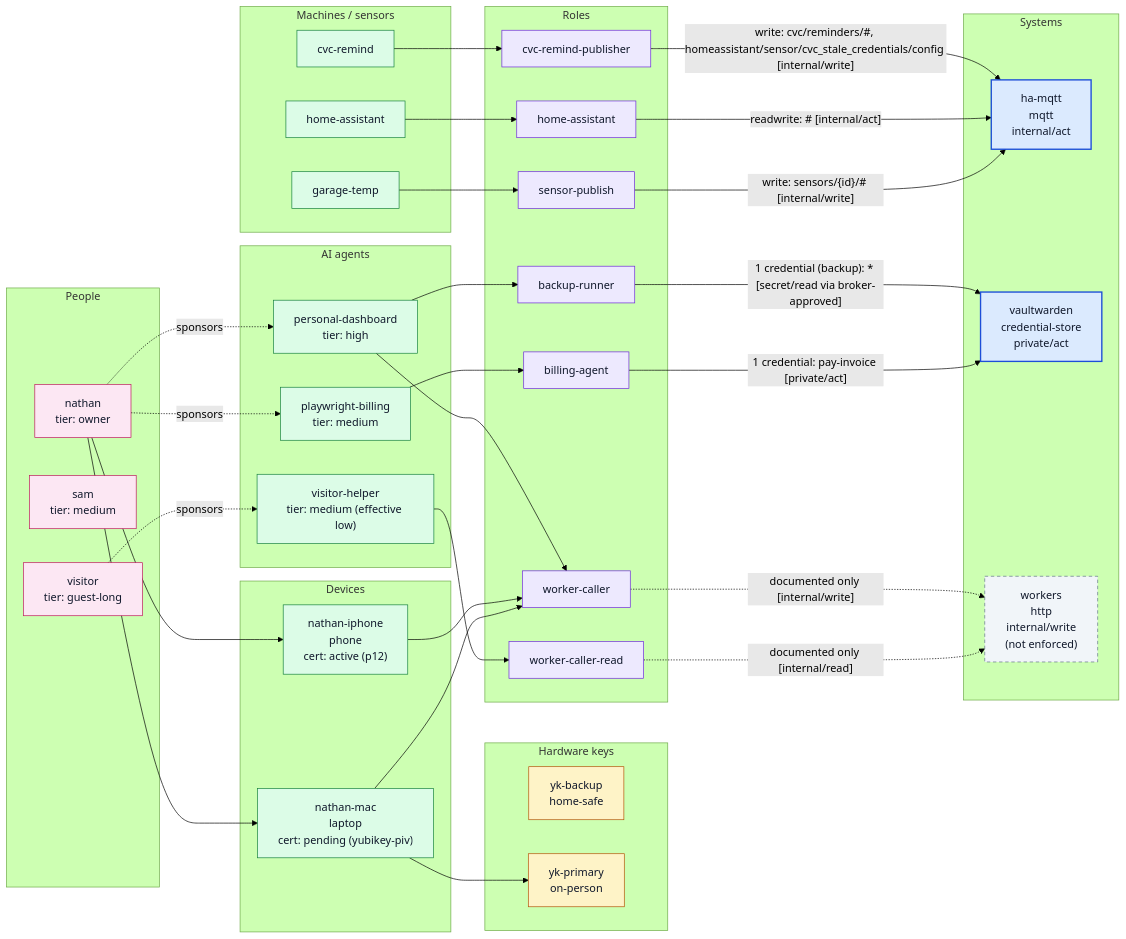
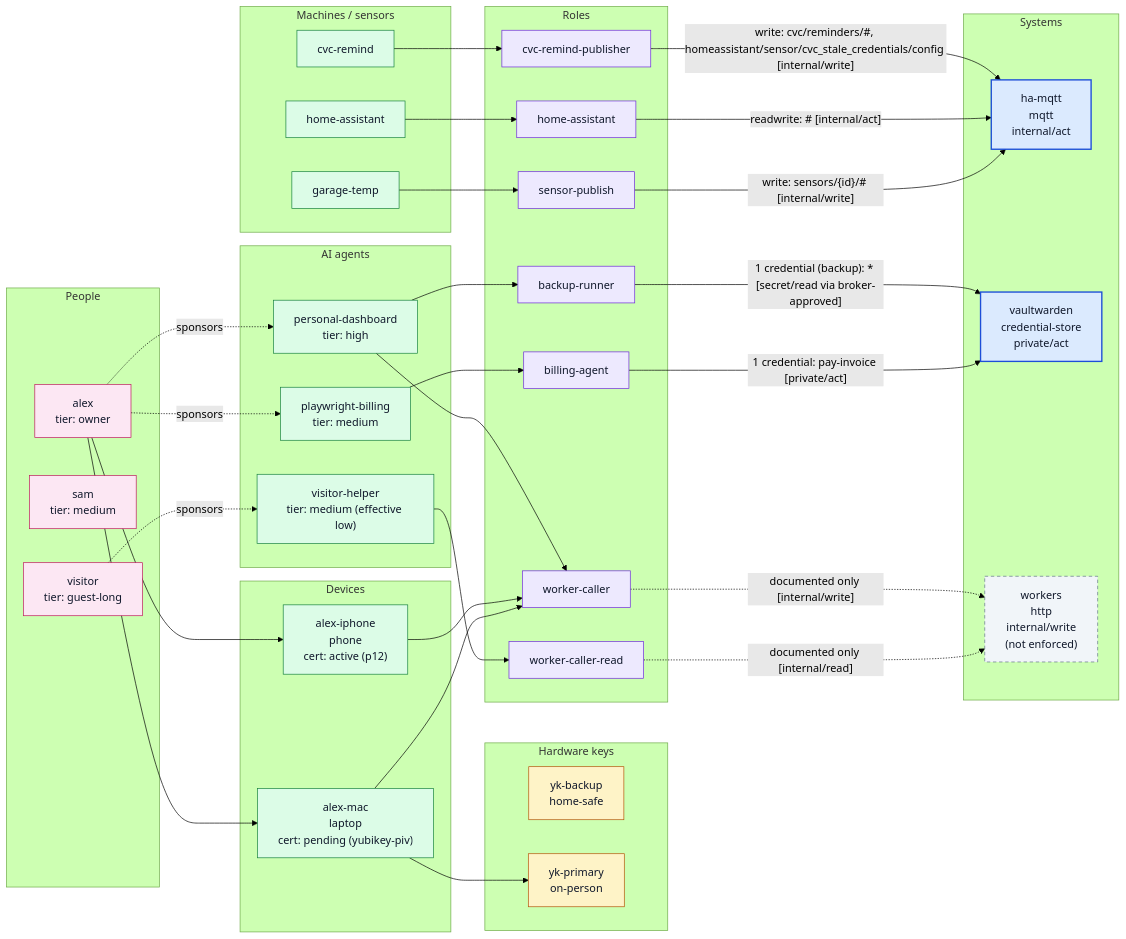
The diagram in docs/access-graph.example.md (opusvar/credential_organizer), drawn with Mermaid (forest theme) before and after one commit. The commit also changed other lines of this file and 64 other files, not shown here.

````diff
--- a/docs/access-graph.example.md
+++ b/docs/access-graph.example.md
@@ -5,77 +5,77 @@
 ```mermaid
 flowchart LR
     subgraph agents["AI agents"]
         p_personal_dashboard["personal-dashboard<br/>tier: high"]
         p_playwright_billing["playwright-billing<br/>tier: medium"]
         p_visitor_helper["visitor-helper<br/>tier: medium (effective low)"]
     end
     subgraph machines["Machines / sensors"]
         p_cvc_remind["cvc-remind"]
         p_garage_temp["garage-temp"]
         p_home_assistant["home-assistant"]
     end
     subgraph people["People"]
-        u_nathan["nathan<br/>tier: owner"]
+        u_alex["alex<br/>tier: owner"]
         u_sam["sam<br/>tier: medium"]
         u_visitor["visitor<br/>tier: guest-long"]
     end
     subgraph hwkeys["Hardware keys"]
         k_yk_backup["yk-backup<br/>home-safe"]
         k_yk_primary["yk-primary<br/>on-person"]
     end
     subgraph devices["Devices"]
-        p_nathan_iphone["nathan-iphone<br/>phone<br/>cert: active (p12)"]
-        p_nathan_mac["nathan-mac<br/>laptop<br/>cert: pending (yubikey-piv)"]
+        p_alex_iphone["alex-iphone<br/>phone<br/>cert: active (p12)"]
+        p_alex_mac["alex-mac<br/>laptop<br/>cert: pending (yubikey-piv)"]
     end
     subgraph roles["Roles"]
         r_backup_runner["backup-runner"]
         r_billing_agent["billing-agent"]
         r_cvc_remind_publisher["cvc-remind-publisher"]
         r_home_assistant["home-assistant"]
         r_sensor_publish["sensor-publish"]
         r_worker_caller["worker-caller"]
         r_worker_caller_read["worker-caller-read"]
     end
     subgraph systems["Systems"]
         s_ha_mqtt["ha-mqtt<br/>mqtt<br/>internal/act"]
         s_vaultwarden["vaultwarden<br/>credential-store<br/>private/act"]
         s_workers["workers<br/>http<br/>internal/write<br/>(not enforced)"]
     end
-    u_nathan --> p_nathan_iphone
-    u_nathan --> p_nathan_mac
-    p_nathan_mac --> k_yk_primary
-    u_nathan -.->|"sponsors"| p_personal_dashboard
-    u_nathan -.->|"sponsors"| p_playwright_billing
+    u_alex --> p_alex_iphone
+    u_alex --> p_alex_mac
+    p_alex_mac --> k_yk_primary
+    u_alex -.->|"sponsors"| p_personal_dashboard
+    u_alex -.->|"sponsors"| p_playwright_billing
     u_visitor -.->|"sponsors"| p_visitor_helper
     p_personal_dashboard --> r_backup_runner
     p_personal_dashboard --> r_worker_caller
     p_playwright_billing --> r_billing_agent
     p_visitor_helper --> r_worker_caller_read
     p_cvc_remind --> r_cvc_remind_publisher
     p_garage_temp --> r_sensor_publish
     p_home_assistant --> r_home_assistant
-    p_nathan_iphone --> r_worker_caller
-    p_nathan_mac --> r_worker_caller
+    p_alex_iphone --> r_worker_caller
+    p_alex_mac --> r_worker_caller
     r_backup_runner -->|"1 credential #40;backup#41;: * #91;secret/read via broker-approved#93;"| s_vaultwarden
     r_billing_agent -->|"1 credential: pay-invoice #91;private/act#93;"| s_vaultwarden
     r_cvc_remind_publisher -->|"write: cvc/reminders/#35;, homeassistant/sensor/cvc_stale_credentials/config #91;internal/write#93;"| s_ha_mqtt
     r_home_assistant -->|"readwrite: #35; #91;internal/act#93;"| s_ha_mqtt
     r_sensor_publish -->|"write: sensors/#123;id#125;/#35; #91;internal/write#93;"| s_ha_mqtt
     r_worker_caller -.->|"documented only #91;internal/write#93;"| s_workers
     r_worker_caller_read -.->|"documented only #91;internal/read#93;"| s_workers
     classDef enforced fill:#dbeafe,stroke:#1d4ed8,color:#0f172a,stroke-width:2px
     classDef unenforced fill:#f1f5f9,stroke:#64748b,color:#0f172a,stroke-dasharray:5 4
     classDef role fill:#ede9fe,stroke:#6d28d9,color:#0f172a
     classDef orphan fill:#fef9c3,stroke:#a16207,color:#0f172a,stroke-dasharray:2 3
     classDef principal fill:#dcfce7,stroke:#15803d,color:#0f172a
     classDef expired fill:#e5e7eb,stroke:#9ca3af,color:#6b7280,stroke-dasharray:3 3
     classDef person fill:#fce7f3,stroke:#be185d,color:#0f172a
     classDef hwkey fill:#fef3c7,stroke:#b45309,color:#0f172a
     classDef soon fill:#fed7aa,stroke:#c2410c,color:#0f172a,stroke-width:2px
     class s_ha_mqtt,s_vaultwarden enforced
     class k_yk_backup,k_yk_primary hwkey
-    class u_nathan,u_sam,u_visitor person
-    class p_personal_dashboard,p_playwright_billing,p_visitor_helper,p_cvc_remind,p_garage_temp,p_home_assistant,p_nathan_iphone,p_nathan_mac principal
+    class u_alex,u_sam,u_visitor person
+    class p_personal_dashboard,p_playwright_billing,p_visitor_helper,p_cvc_remind,p_garage_temp,p_home_assistant,p_alex_iphone,p_alex_mac principal
     class r_backup_runner,r_billing_agent,r_cvc_remind_publisher,r_home_assistant,r_sensor_publish,r_worker_caller,r_worker_caller_read role
     class s_workers unenforced
 ```
````
